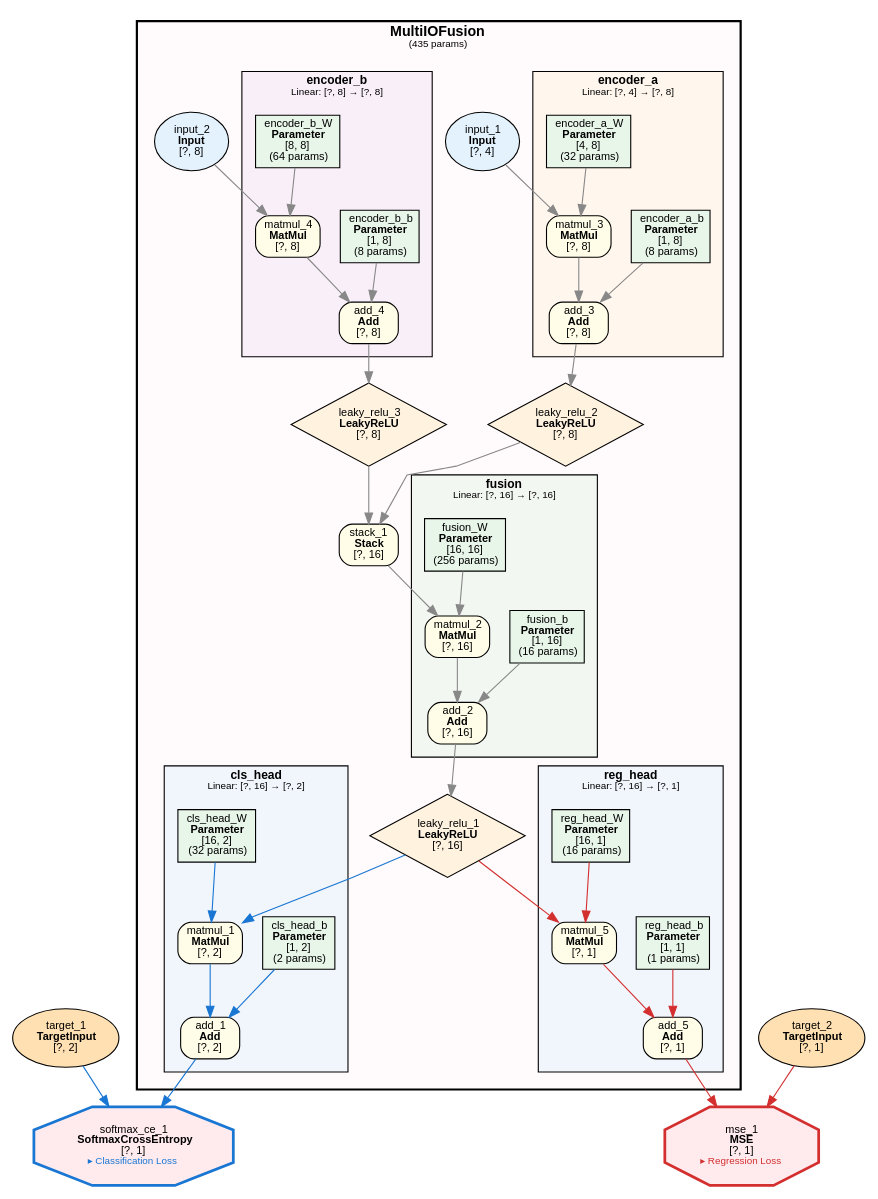
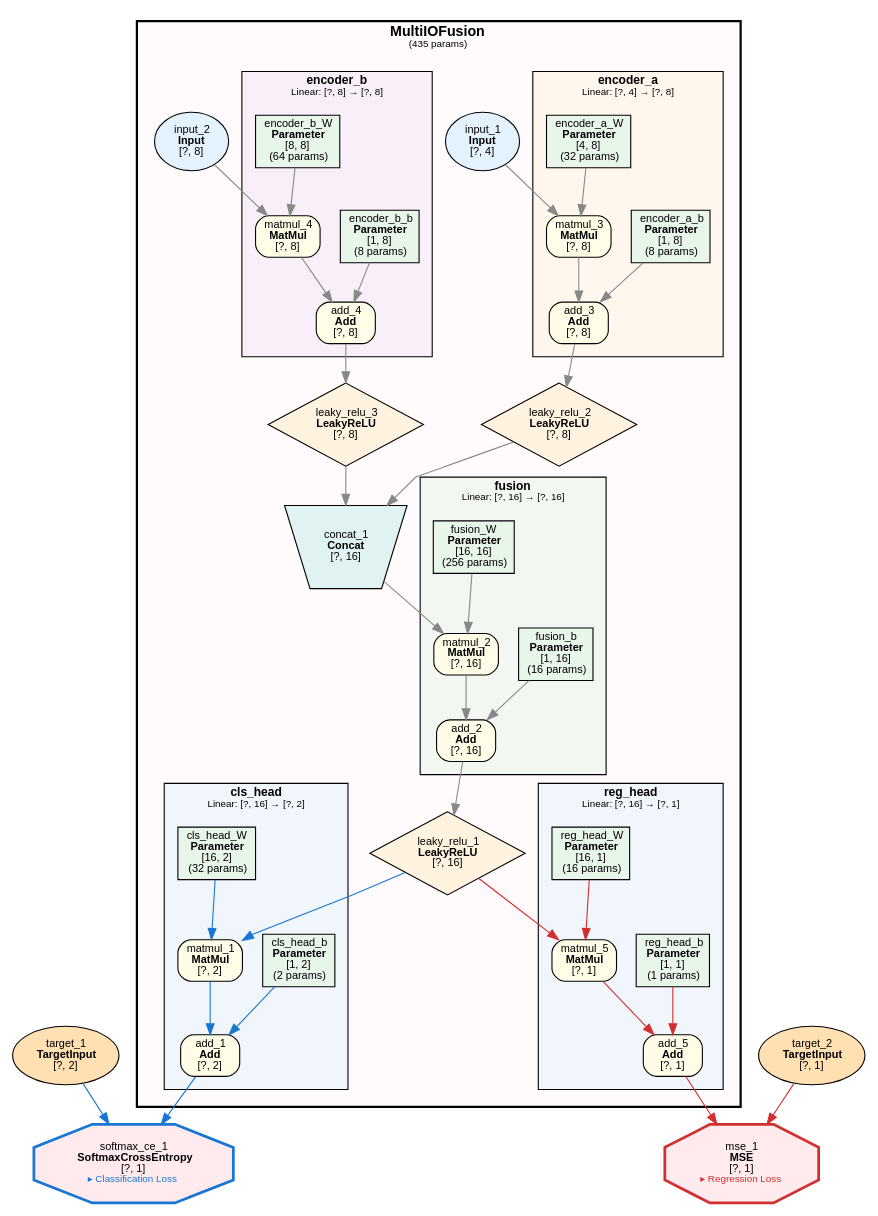
One commit to dbsxdbsx/only_torch changed the diagram in examples/multi_io_fusion/multi_io_fusion.dot. Above: the diagram before and after it, drawn with Graphviz. The commit also changed 31 other files, not shown here.

First line of the commit message:
feat: 全面分离 Stack 与 Concat 为独立操作

```diff
--- a/examples/multi_io_fusion/multi_io_fusion.dot
+++ b/examples/multi_io_fusion/multi_io_fusion.dot
@@ -1,123 +1,123 @@
 digraph ComputeGraph {
     rankdir=TB;
     newrank=true;
     splines=polyline;
     node [fontname="Microsoft YaHei,SimHei,Arial"];
     edge [fontname="Microsoft YaHei,SimHei,Arial"];
 
     subgraph cluster_model_MultiIOFusion {
         label=<<B>MultiIOFusion</B><BR/><FONT POINT-SIZE="9">(435 params)</FONT>>;
         style="filled,bold";
         fillcolor="#FFEBEE40";
         fontname="Microsoft YaHei,SimHei,Arial";
         fontsize=13;
         margin=16;
 
         subgraph cluster_MultiIOFusion_cls_head {
             label=<<B>cls_head</B><BR/><FONT POINT-SIZE="9">Linear: [?, 16] → [?, 2]</FONT>>;
             style=filled;
             fillcolor="#E3F2FD80";
             fontname="Microsoft YaHei,SimHei,Arial";
             fontsize=11;
             margin=12;
                 "2" [label=<add_1<BR/><B>Add</B><BR/>[?, 2]> shape=box style="filled,rounded" fillcolor="#FFFDE7" fontsize=10];
                 "4" [label=<matmul_1<BR/><B>MatMul</B><BR/>[?, 2]> shape=box style="filled,rounded" fillcolor="#FFFDE7" fontsize=10];
                 "5" [label=<cls_head_b<BR/><B>Parameter</B><BR/>[1, 2]<BR/>(2 params)> shape=box style=filled fillcolor="#E8F5E9" fontsize=10];
                 "7" [label=<cls_head_W<BR/><B>Parameter</B><BR/>[16, 2]<BR/>(32 params)> shape=box style=filled fillcolor="#E8F5E9" fontsize=10];
         }
 
         subgraph cluster_MultiIOFusion_fusion {
             label=<<B>fusion</B><BR/><FONT POINT-SIZE="9">Linear: [?, 16] → [?, 16]</FONT>>;
             style=filled;
             fillcolor="#E8F5E980";
             fontname="Microsoft YaHei,SimHei,Arial";
             fontsize=11;
             margin=12;
                 "8" [label=<add_2<BR/><B>Add</B><BR/>[?, 16]> shape=box style="filled,rounded" fillcolor="#FFFDE7" fontsize=10];
                 "9" [label=<matmul_2<BR/><B>MatMul</B><BR/>[?, 16]> shape=box style="filled,rounded" fillcolor="#FFFDE7" fontsize=10];
                 "10" [label=<fusion_b<BR/><B>Parameter</B><BR/>[1, 16]<BR/>(16 params)> shape=box style=filled fillcolor="#E8F5E9" fontsize=10];
                 "12" [label=<fusion_W<BR/><B>Parameter</B><BR/>[16, 16]<BR/>(256 params)> shape=box style=filled fillcolor="#E8F5E9" fontsize=10];
         }
 
         subgraph cluster_MultiIOFusion_encoder_a {
             label=<<B>encoder_a</B><BR/><FONT POINT-SIZE="9">Linear: [?, 4] → [?, 8]</FONT>>;
             style=filled;
             fillcolor="#FFF3E080";
             fontname="Microsoft YaHei,SimHei,Arial";
             fontsize=11;
             margin=12;
                 "15" [label=<add_3<BR/><B>Add</B><BR/>[?, 8]> shape=box style="filled,rounded" fillcolor="#FFFDE7" fontsize=10];
                 "17" [label=<matmul_3<BR/><B>MatMul</B><BR/>[?, 8]> shape=box style="filled,rounded" fillcolor="#FFFDE7" fontsize=10];
                 "18" [label=<encoder_a_b<BR/><B>Parameter</B><BR/>[1, 8]<BR/>(8 params)> shape=box style=filled fillcolor="#E8F5E9" fontsize=10];
                 "22" [label=<encoder_a_W<BR/><B>Parameter</B><BR/>[4, 8]<BR/>(32 params)> shape=box style=filled fillcolor="#E8F5E9" fontsize=10];
         }
 
         subgraph cluster_MultiIOFusion_encoder_b {
             label=<<B>encoder_b</B><BR/><FONT POINT-SIZE="9">Linear: [?, 8] → [?, 8]</FONT>>;
             style=filled;
             fillcolor="#F3E5F580";
             fontname="Microsoft YaHei,SimHei,Arial";
             fontsize=11;
             margin=12;
                 "16" [label=<add_4<BR/><B>Add</B><BR/>[?, 8]> shape=box style="filled,rounded" fillcolor="#FFFDE7" fontsize=10];
                 "19" [label=<matmul_4<BR/><B>MatMul</B><BR/>[?, 8]> shape=box style="filled,rounded" fillcolor="#FFFDE7" fontsize=10];
                 "20" [label=<encoder_b_b<BR/><B>Parameter</B><BR/>[1, 8]<BR/>(8 params)> shape=box style=filled fillcolor="#E8F5E9" fontsize=10];
                 "24" [label=<encoder_b_W<BR/><B>Parameter</B><BR/>[8, 8]<BR/>(64 params)> shape=box style=filled fillcolor="#E8F5E9" fontsize=10];
         }
 
         subgraph cluster_MultiIOFusion_reg_head {
             label=<<B>reg_head</B><BR/><FONT POINT-SIZE="9">Linear: [?, 16] → [?, 1]</FONT>>;
             style=filled;
             fillcolor="#E3F2FD80";
             fontname="Microsoft YaHei,SimHei,Arial";
             fontsize=11;
             margin=12;
                 "26" [label=<add_5<BR/><B>Add</B><BR/>[?, 1]> shape=box style="filled,rounded" fillcolor="#FFFDE7" fontsize=10];
                 "28" [label=<matmul_5<BR/><B>MatMul</B><BR/>[?, 1]> shape=box style="filled,rounded" fillcolor="#FFFDE7" fontsize=10];
                 "29" [label=<reg_head_b<BR/><B>Parameter</B><BR/>[1, 1]<BR/>(1 params)> shape=box style=filled fillcolor="#E8F5E9" fontsize=10];
                 "30" [label=<reg_head_W<BR/><B>Parameter</B><BR/>[16, 1]<BR/>(16 params)> shape=box style=filled fillcolor="#E8F5E9" fontsize=10];
         }
 
         "6" [label=<leaky_relu_1<BR/><B>LeakyReLU</B><BR/>[?, 16]> shape=diamond style=filled fillcolor="#FFF3E0" fontsize=10];
-        "11" [label=<stack_1<BR/><B>Stack</B><BR/>[?, 16]> shape=box style="filled,rounded" fillcolor="#FFFDE7" fontsize=10];
+        "11" [label=<concat_1<BR/><B>Concat</B><BR/>[?, 16]> shape=invtrapezium style=filled fillcolor="#E0F2F1" fontsize=10];
         "13" [label=<leaky_relu_2<BR/><B>LeakyReLU</B><BR/>[?, 8]> shape=diamond style=filled fillcolor="#FFF3E0" fontsize=10];
         "14" [label=<leaky_relu_3<BR/><B>LeakyReLU</B><BR/>[?, 8]> shape=diamond style=filled fillcolor="#FFF3E0" fontsize=10];
         "21" [label=<input_1<BR/><B>Input</B><BR/>[?, 4]> shape=ellipse style=filled fillcolor="#E3F2FD" fontsize=10];
         "23" [label=<input_2<BR/><B>Input</B><BR/>[?, 8]> shape=ellipse style=filled fillcolor="#E3F2FD" fontsize=10];
     }
 
     "1" [label=<softmax_ce_1<BR/><B>SoftmaxCrossEntropy</B><BR/>[?, 1]<BR/><FONT COLOR="#1976D2" POINT-SIZE="9">▸ Classification Loss</FONT>> shape=octagon style=filled fillcolor="#FFEBEE" fontsize=10 penwidth=2.5 color="#1976D2"];
     "3" [label=<target_1<BR/><B>TargetInput</B><BR/>[?, 2]> shape=ellipse style=filled fillcolor="#FFE0B2" fontsize=10];
     "25" [label=<mse_1<BR/><B>MSE</B><BR/>[?, 1]<BR/><FONT COLOR="#D32F2F" POINT-SIZE="9">▸ Regression Loss</FONT>> shape=octagon style=filled fillcolor="#FFEBEE" fontsize=10 penwidth=2.5 color="#D32F2F"];
     "27" [label=<target_2<BR/><B>TargetInput</B><BR/>[?, 1]> shape=ellipse style=filled fillcolor="#FFE0B2" fontsize=10];
 
     "2" -> "1" [color="#1976D2"];
     "3" -> "1" [color="#1976D2"];
     "4" -> "2" [color="#1976D2"];
     "5" -> "2" [color="#1976D2"];
     "6" -> "4" [color="#1976D2"];
     "7" -> "4" [color="#1976D2"];
     "8" -> "6" [color="#888888"];
     "9" -> "8" [color="#888888"];
     "10" -> "8" [color="#888888"];
     "11" -> "9" [color="#888888"];
     "12" -> "9" [color="#888888"];
     "13" -> "11" [color="#888888"];
     "14" -> "11" [color="#888888"];
     "15" -> "13" [color="#888888"];
     "16" -> "14" [color="#888888"];
     "17" -> "15" [color="#888888"];
     "18" -> "15" [color="#888888"];
     "19" -> "16" [color="#888888"];
     "20" -> "16" [color="#888888"];
     "21" -> "17" [color="#888888"];
     "22" -> "17" [color="#888888"];
     "23" -> "19" [color="#888888"];
     "24" -> "19" [color="#888888"];
     "26" -> "25" [color="#D32F2F"];
     "27" -> "25" [color="#D32F2F"];
     "28" -> "26" [color="#D32F2F"];
     "29" -> "26" [color="#D32F2F"];
     "6" -> "28" [color="#D32F2F"];
     "30" -> "28" [color="#D32F2F"];
 }
```
